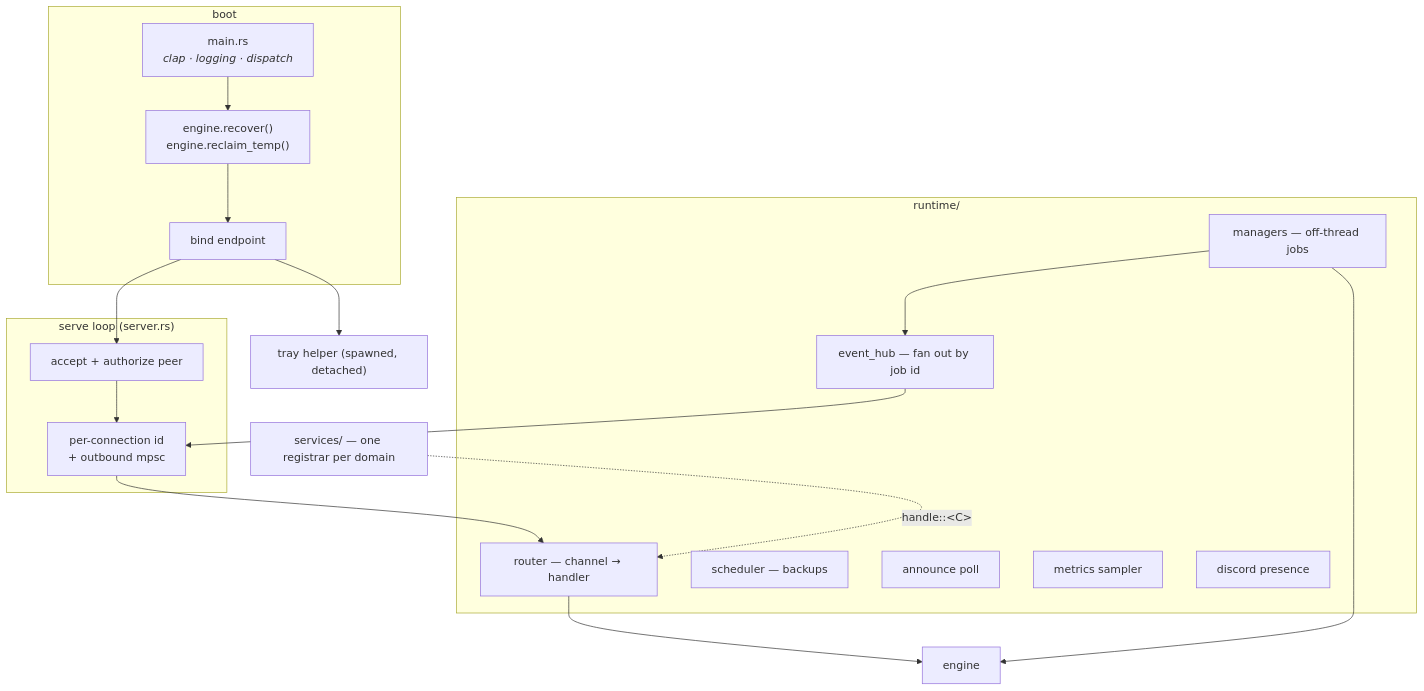
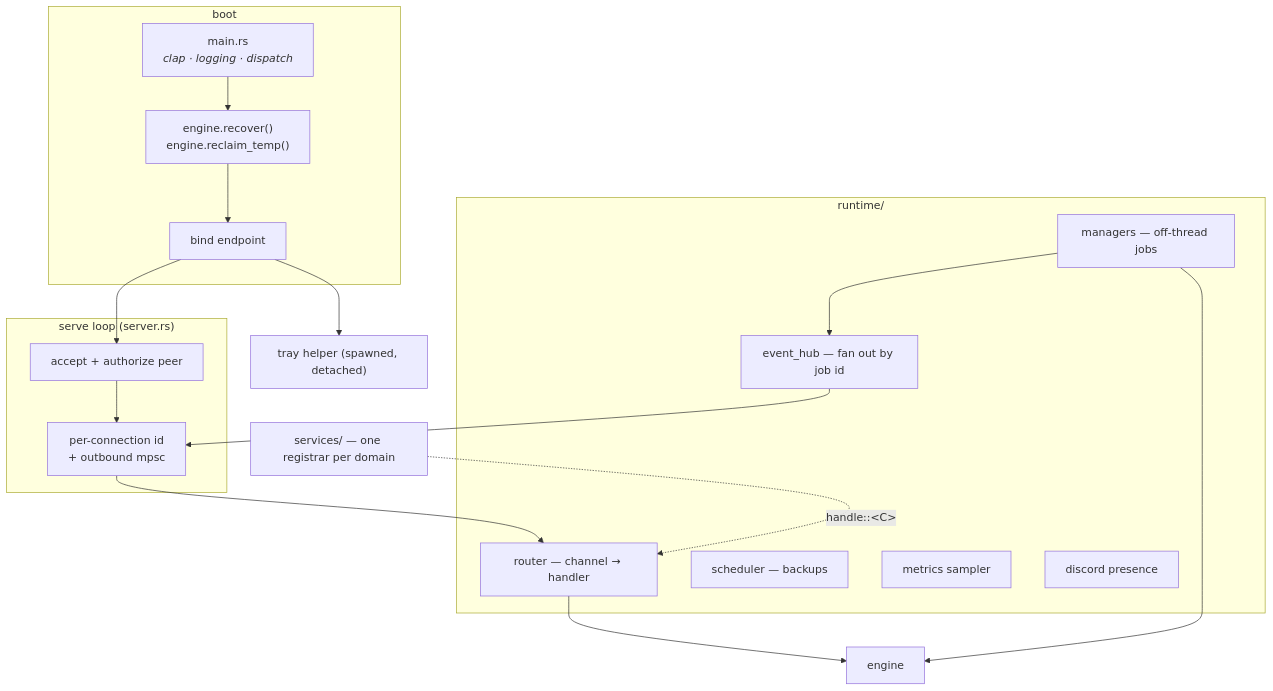
Before and after one commit to toraaoo/hestia: the first of 2 diagrams in docs/architecture/daemon.md, drawn with Mermaid. The commit also changed other lines of this file and 100 other files, not shown here.

````diff
--- a/docs/architecture/daemon.md
+++ b/docs/architecture/daemon.md
@@ -10,34 +10,33 @@
 ```mermaid
 flowchart TB
     subgraph boot["boot"]
         MAIN["main.rs<br/><i>clap · logging · dispatch</i>"]
         REC["engine.recover()<br/>engine.reclaim_temp()"]
         BIND["bind endpoint"]
     end
 
     subgraph loop["serve loop (server.rs)"]
         ACC["accept + authorize peer"]
         CONN["per-connection id<br/>+ outbound mpsc"]
     end
 
     subgraph rt["runtime/"]
         ROUTER["router — channel → handler"]
         HUB["event_hub — fan out by job id"]
         MGRS["managers — off-thread jobs"]
         SCHED["scheduler — backups"]
-        ANNP["announce poll"]
         METR["metrics sampler"]
         PRES["discord presence"]
     end
 
     SVC["services/ — one registrar per domain"]
     ENG["engine"]
     TRAY["tray helper (spawned, detached)"]
 
     MAIN --> REC --> BIND --> ACC --> CONN --> ROUTER
     BIND --> TRAY
     SVC -.->|"handle::&lt;C&gt;"| ROUTER
     ROUTER --> ENG
     MGRS --> ENG
     MGRS --> HUB --> CONN
 ```
````
